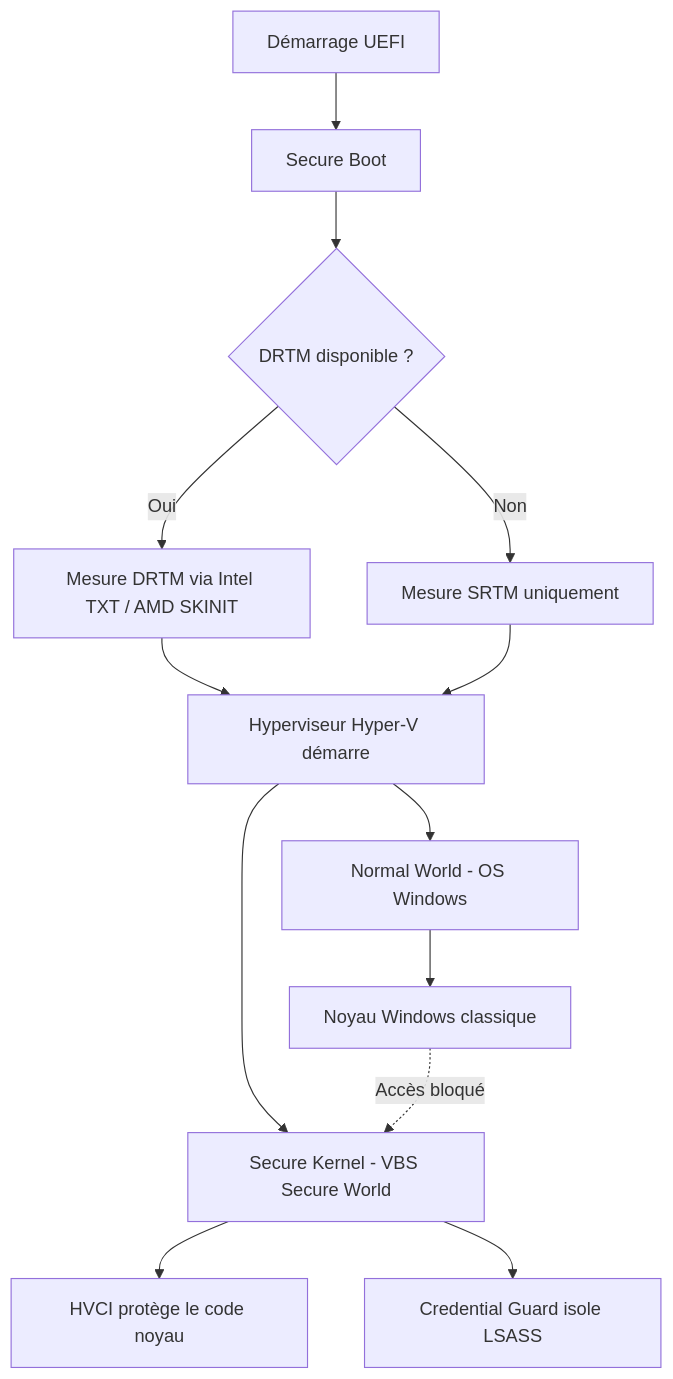
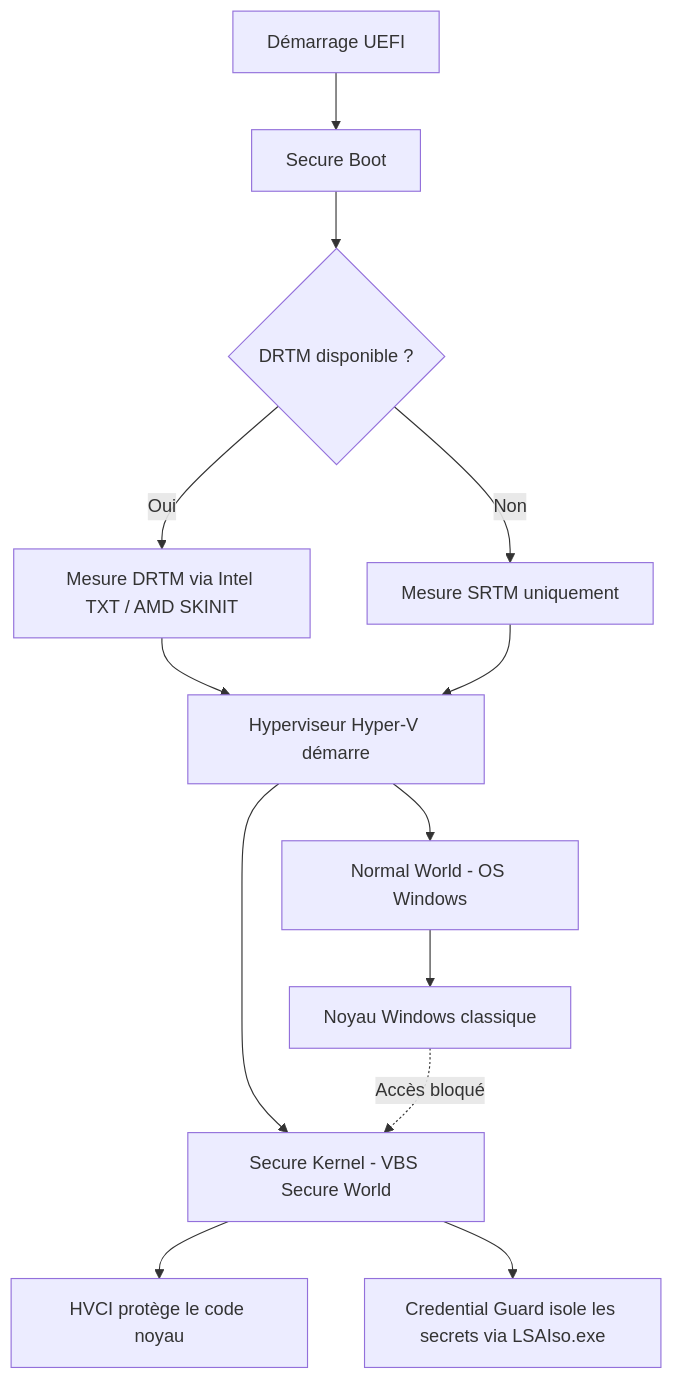
The diagram in docs/books/hardening-windows/15-secured-core.md (VBlackJack/Quid), drawn with Mermaid before and after one commit. The commit also changed other lines of this file and 47 other files, not shown here.

````diff
--- a/docs/books/hardening-windows/15-secured-core.md
+++ b/docs/books/hardening-windows/15-secured-core.md
@@ -372,15 +372,15 @@
 ```mermaid
 flowchart TD
     A[Démarrage UEFI] --> B[Secure Boot]
     B --> C{DRTM disponible ?}
     C -- Oui --> D[Mesure DRTM via Intel TXT / AMD SKINIT]
     C -- Non --> E[Mesure SRTM uniquement]
     D --> F[Hyperviseur Hyper-V démarre]
     E --> F
     F --> G[Secure Kernel - VBS Secure World]
     G --> H[HVCI protège le code noyau]
-    G --> I[Credential Guard isole LSASS]
+    G --> I[Credential Guard isole les secrets via LSAIso.exe]
     F --> J[Normal World - OS Windows]
     J --> K[Noyau Windows classique]
     K -.->|Accès bloqué| G
 ```
````
